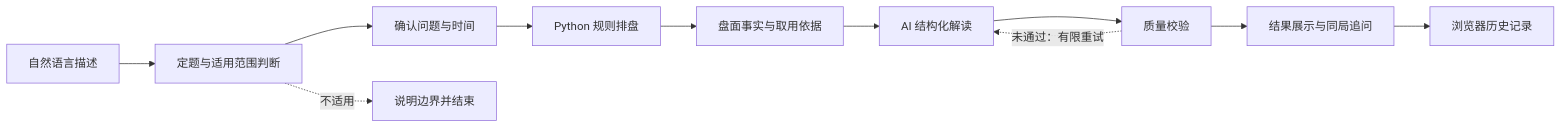
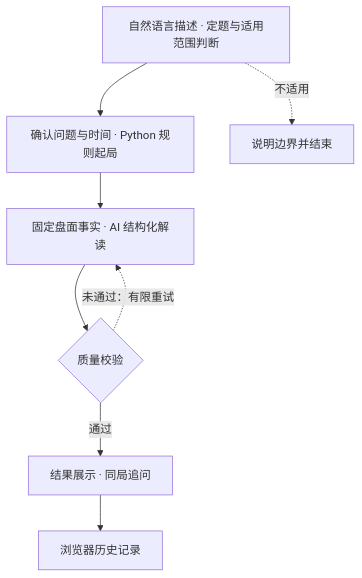
Before and after one commit to HurmitLI/zhiji-qimen: the diagram in README.md, drawn with Mermaid.

Commit message:
docs: improve workflow diagram readability

````diff
--- a/README.md
+++ b/README.md
@@ -63,13 +63,10 @@
 ```mermaid
-flowchart LR
-    A[自然语言描述] --> B[定题与适用范围判断]
-    B --> C[确认问题与时间]
-    C --> D[Python 规则排盘]
-    D --> E[盘面事实与取用依据]
-    E --> F[AI 结构化解读]
-    F --> G[质量校验]
-    G --> H[结果展示与同局追问]
-    G -. 未通过：有限重试 .-> F
-    H --> I[浏览器历史记录]
-    B -. 不适用 .-> J[说明边界并结束]
+flowchart TB
+    A[自然语言描述 · 定题与适用范围判断] --> B[确认问题与时间 · Python 规则起局]
+    B --> C[固定盘面事实 · AI 结构化解读]
+    C --> D{质量校验}
+    D -->|通过| E[结果展示 · 同局追问]
+    D -. 未通过：有限重试 .-> C
+    E --> F[浏览器历史记录]
+    A -. 不适用 .-> G[说明边界并结束]
 ```
````
